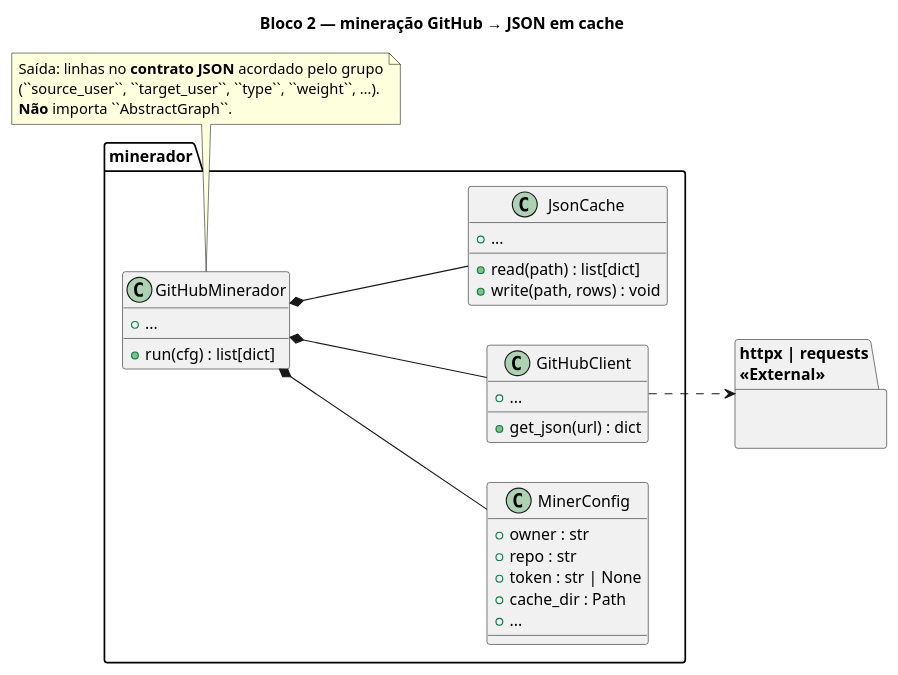
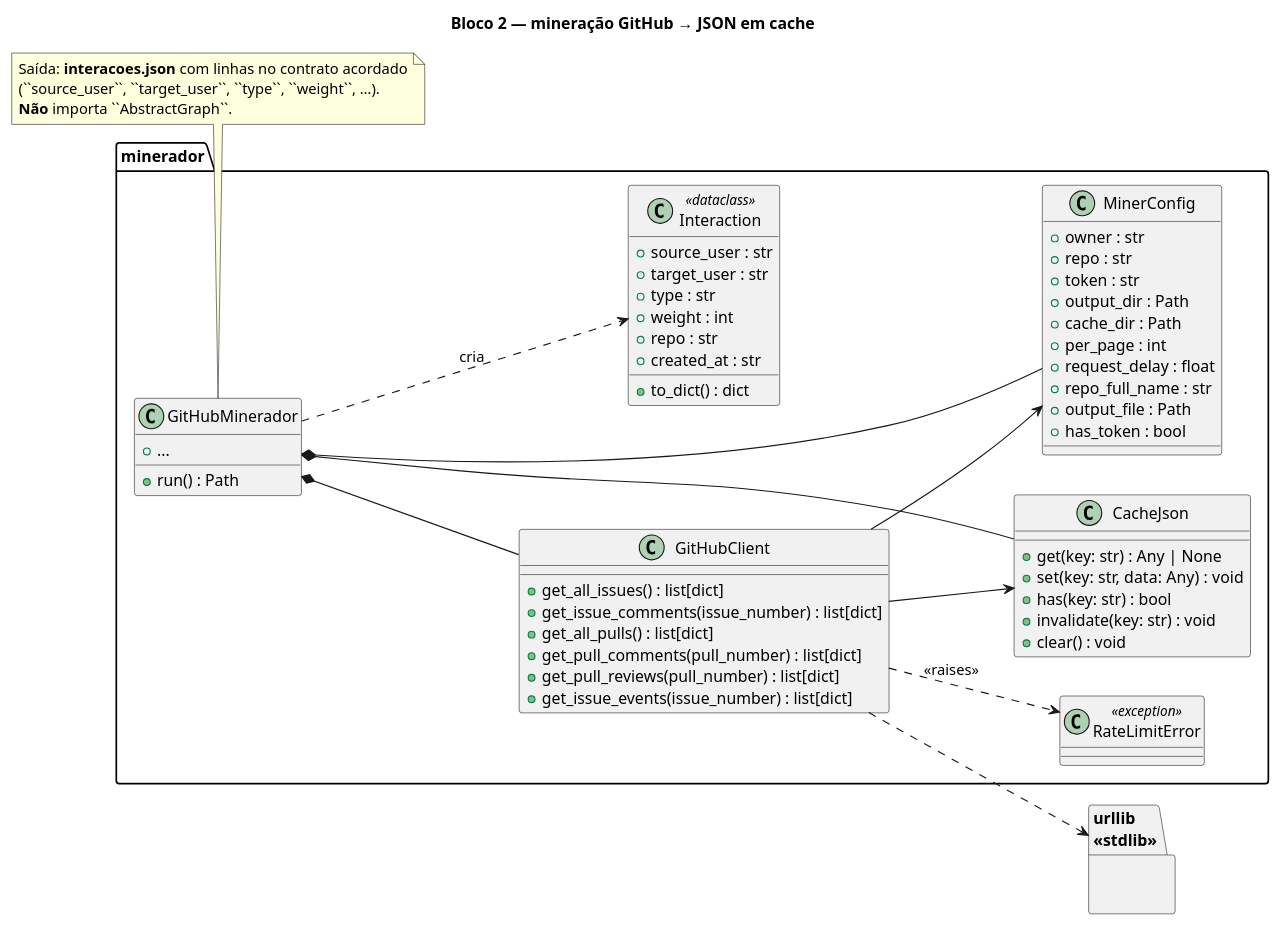
One commit to Erickguedesc/trabalho-pratico-grafos changed the diagram in docs/contrato/diagrama-minerador.puml. Above: the diagram before and after it, drawn with PlantUML. The commit also changed 11 other files, not shown here.

```diff
--- a/docs/contrato/diagrama-minerador.puml
+++ b/docs/contrato/diagrama-minerador.puml
@@ -1,47 +1,76 @@
 @startuml diagrama-minerador
 
 title Bloco 2 — mineração GitHub → JSON em cache
 
 left to right direction
 
 package minerador {
   class MinerConfig {
     + owner : str
     + repo : str
-    + token : str | None
+    + token : str
+    + output_dir : Path
     + cache_dir : Path
-    + ...
+    + per_page : int
+    + request_delay : float
+    + repo_full_name : str
+    + output_file : Path
+    + has_token : bool
   }
 
   class GitHubMinerador {
-    + run(cfg) : list[dict]
+    + run() : Path
     + ...
   }
 
   class GitHubClient {
-    + get_json(url) : dict
-    + ...
+    + get_all_issues() : list[dict]
+    + get_issue_comments(issue_number) : list[dict]
+    + get_all_pulls() : list[dict]
+    + get_pull_comments(pull_number) : list[dict]
+    + get_pull_reviews(pull_number) : list[dict]
+    + get_issue_events(issue_number) : list[dict]
   }
 
-  class JsonCache {
-    + read(path) : list[dict]
-    + write(path, rows) : void
-    + ...
+  class CacheJson {
+    + get(key: str) : Any | None
+    + set(key: str, data: Any) : void
+    + has(key: str) : bool
+    + invalidate(key: str) : void
+    + clear() : void
+  }
+
+  class Interaction <<dataclass>> {
+    + source_user : str
+    + target_user : str
+    + type : str
+    + weight : int
+    + repo : str
+    + created_at : str
+    + to_dict() : dict
+  }
+
+  class RateLimitError <<exception>> {
   }
 }
 
-package "httpx | requests\n<<External>>" as ExtHttp {
+package "urllib\n<<stdlib>>" as ExtHttp {
 }
 
 GitHubMinerador *-- MinerConfig
+GitHubMinerador *-- CacheJson
 GitHubMinerador *-- GitHubClient
-GitHubMinerador *-- JsonCache
+GitHubMinerador ..> Interaction : cria
+
+GitHubClient --> MinerConfig
+GitHubClient --> CacheJson
 GitHubClient ..> ExtHttp
+GitHubClient ..> RateLimitError : <<raises>>
 
 note bottom of GitHubMinerador
-  Saída: linhas no **contrato JSON** acordado pelo grupo
+  Saída: **interacoes.json** com linhas no contrato acordado
   (``source_user``, ``target_user``, ``type``, ``weight``, …).
   **Não** importa ``AbstractGraph``.
 end note
 
 @enduml
```
